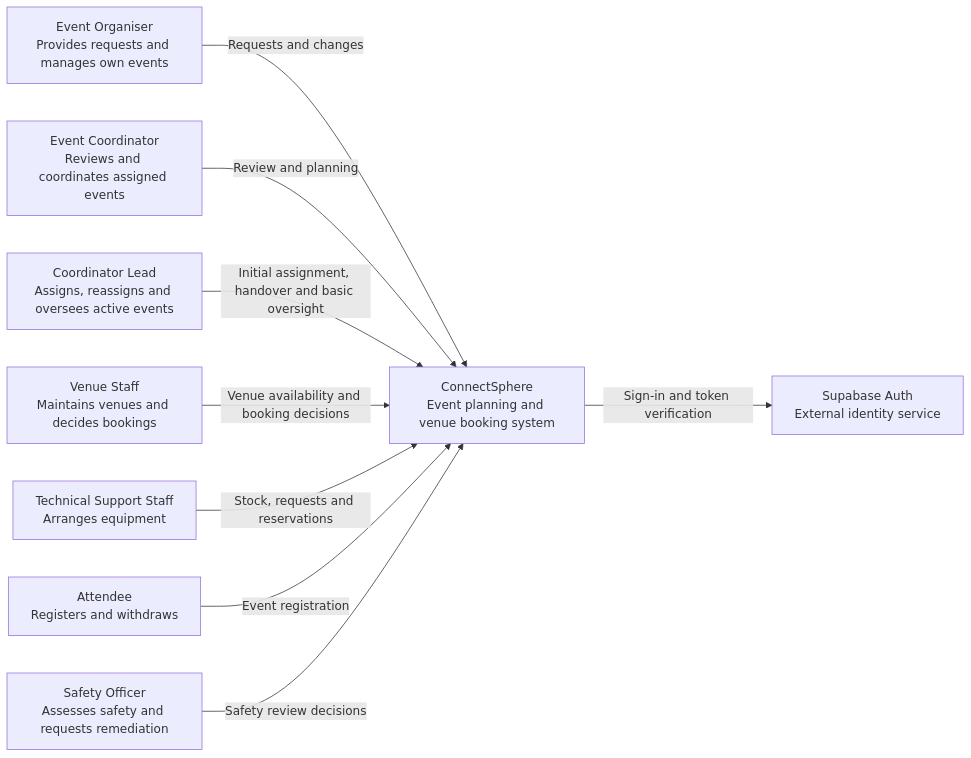
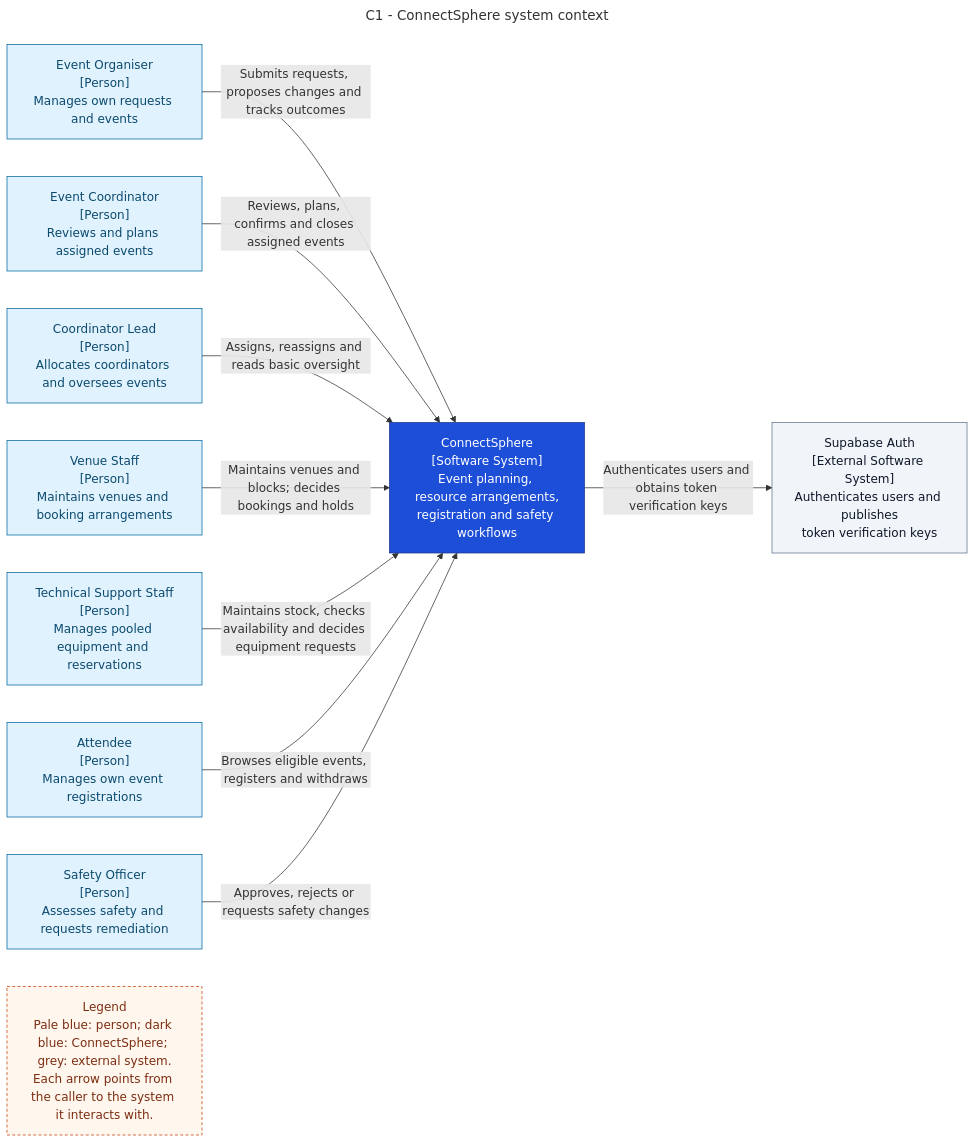
Before and after one commit to MochaLxtte/ConnectSphere: the first of 33 diagrams in docs/architecture/README.md, drawn with Mermaid. The commit also changed other lines of this file and 160 other files, not shown here.

First line of the commit message:
docs(WS2): add architecture package from Arvin (2026-11-06)

````diff
--- a/docs/architecture/README.md
+++ b/docs/architecture/README.md
@@ -37,20 +37,28 @@
 ```mermaid
+---
+title: "C1 - ConnectSphere system context"
+---
 flowchart LR
-  organiser["Event Organiser<br/>Provides requests and manages own events"]
-  coordinator["Event Coordinator<br/>Reviews and coordinates assigned events"]
-  lead["Coordinator Lead<br/>Assigns, reassigns and oversees active events"]
-  venue["Venue Staff<br/>Maintains venues and decides bookings"]
-  technical["Technical Support Staff<br/>Arranges equipment"]
-  attendee["Attendee<br/>Registers and withdraws"]
-  safety["Safety Officer<br/>Assesses safety and requests remediation"]
-  system["ConnectSphere<br/>Event planning and venue booking system"]
-  identity["Supabase Auth<br/>External identity service"]
-  organiser -->|Requests and changes| system
-  coordinator -->|Review and planning| system
-  lead -->|Initial assignment, handover and basic oversight| system
-  venue -->|Venue availability and booking decisions| system
-  technical -->|Stock, requests and reservations| system
-  attendee -->|Event registration| system
-  safety -->|Safety review decisions| system
-  system -->|Sign-in and token verification| identity
+  organiser["Event Organiser<br/>[Person]<br/>Manages own requests and events"]:::person
+  coordinator["Event Coordinator<br/>[Person]<br/>Reviews and plans assigned events"]:::person
+  lead["Coordinator Lead<br/>[Person]<br/>Allocates coordinators and oversees events"]:::person
+  venue["Venue Staff<br/>[Person]<br/>Maintains venues and booking arrangements"]:::person
+  technical["Technical Support Staff<br/>[Person]<br/>Manages pooled equipment and reservations"]:::person
+  attendee["Attendee<br/>[Person]<br/>Manages own event registrations"]:::person
+  safety["Safety Officer<br/>[Person]<br/>Assesses safety and requests remediation"]:::person
+  system["ConnectSphere<br/>[Software System]<br/>Event planning, resource arrangements,<br/>registration and safety workflows"]:::system
+  identity["Supabase Auth<br/>[External Software System]<br/>Authenticates users and publishes<br/>token verification keys"]:::external
+  organiser -->|Submits requests, proposes changes and tracks outcomes| system
+  coordinator -->|Reviews, plans, confirms and closes assigned events| system
+  lead -->|Assigns, reassigns and reads basic oversight| system
+  venue -->|Maintains venues and blocks; decides bookings and holds| system
+  technical -->|Maintains stock, checks availability and decides equipment requests| system
+  attendee -->|Browses eligible events, registers and withdraws| system
+  safety -->|Approves, rejects or requests safety changes| system
+  system -->|Authenticates users and obtains token verification keys| identity
+  key["Legend<br/>Pale blue: person; dark blue: ConnectSphere; grey: external system.<br/>Each arrow points from the caller to the system it interacts with."]:::legend
+  classDef person fill:#e0f2fe,stroke:#0369a1,color:#0c4a6e
+  classDef system fill:#1d4ed8,stroke:#1e3a8a,color:#ffffff
+  classDef external fill:#f1f5f9,stroke:#64748b,color:#0f172a
+  classDef legend fill:#fff7ed,stroke:#c2410c,color:#7c2d12,stroke-dasharray:4 3
 ```
````
